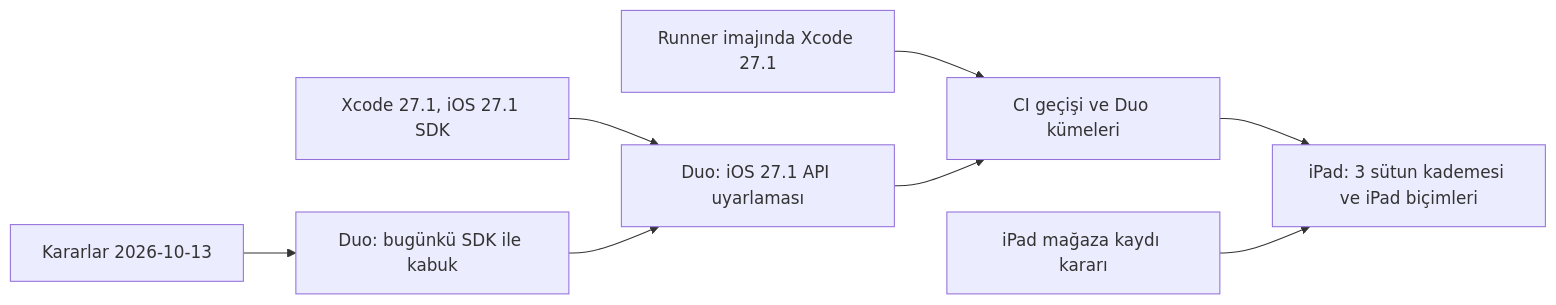
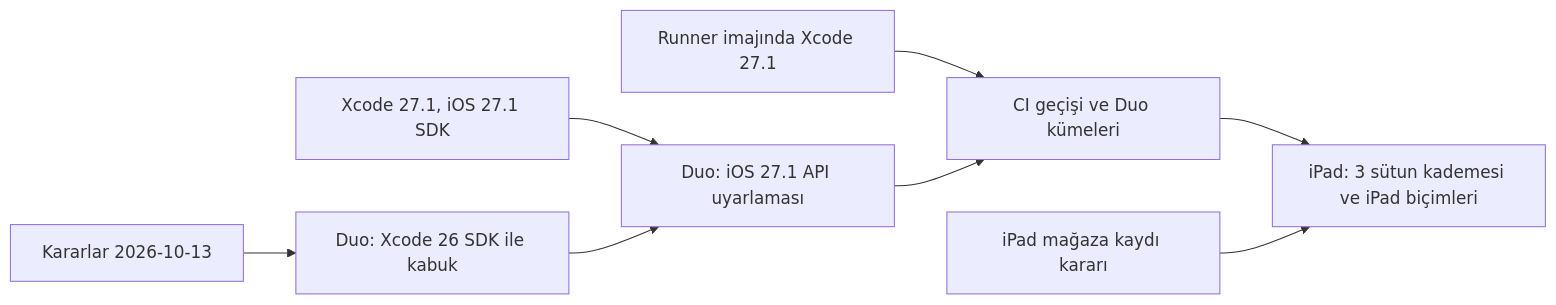
Before and after one commit to dogancanyildiz/kenet: the fourth of 4 diagrams in docs/roadmap.md, drawn with Mermaid. The commit also changed other lines of this file and 150 other files, not shown here.

````diff
--- a/docs/roadmap.md
+++ b/docs/roadmap.md
@@ -300,10 +219,10 @@
 ```mermaid
 flowchart LR
-    K["Kararlar 2026-10-13"] --> D0["Duo: bugünkü SDK ile kabuk"]
+    K["Kararlar 2026-10-13"] --> D0["Duo: Xcode 26 SDK ile kabuk"]
     X["Xcode 27.1, iOS 27.1 SDK"] --> D1["Duo: iOS 27.1 API uyarlaması"]
     R["Runner imajında Xcode 27.1"] --> D2["CI geçişi ve Duo kümeleri"]
     D0 --> D1
     D1 --> D2
     D2 --> IP["iPad: 3 sütun kademesi ve iPad biçimleri"]
     M["iPad mağaza kaydı kararı"] --> IP
 ```
````
